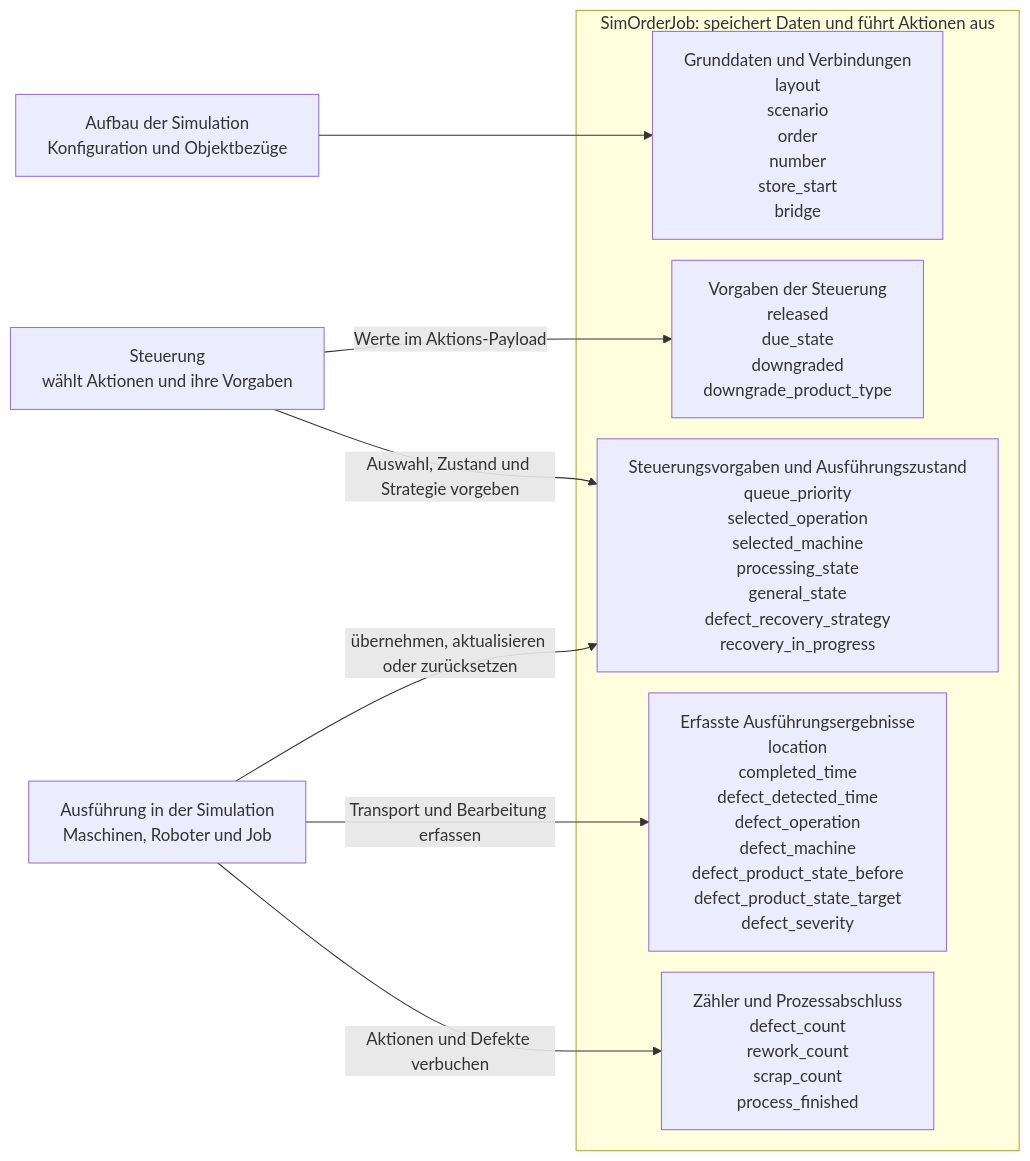
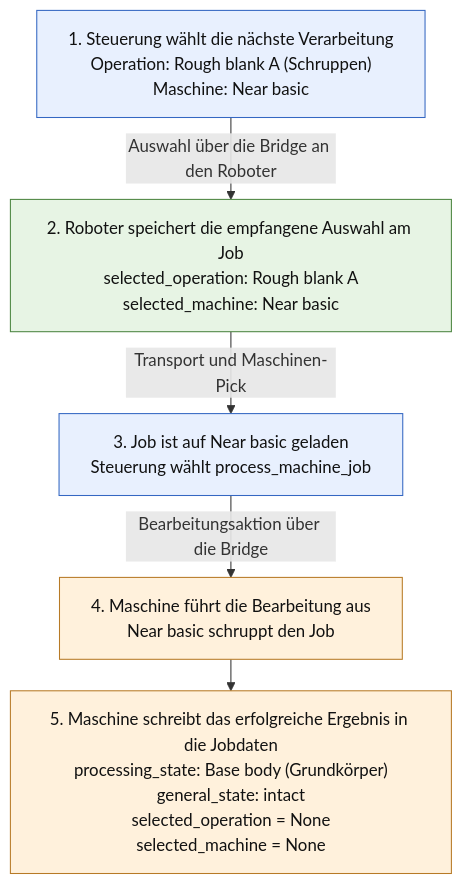
The first of 18 diagrams in README.md (ghackenberg/SpineML), drawn with Mermaid before and after one commit. The commit also changed other lines of this file, not shown here.

Commit message:
Explain job data updates through a concrete production example

````diff
--- a/README.md
+++ b/README.md
@@ -281,28 +292,27 @@
 ```mermaid
 ---
 config:
   flowchart:
     wrappingWidth: 360
-    rankSpacing: 40
+    rankSpacing: 30
     nodeSpacing: 20
 ---
-flowchart LR
-    Aufbau["Aufbau der Simulation<br/>Konfiguration und Objektbezüge"]
-    Policy["Steuerung<br/>wählt Aktionen und ihre Vorgaben"]
-    Simulation["Ausführung in der Simulation<br/>Maschinen, Roboter und Job"]
+flowchart TD
+    A["1. Steuerung wählt die nächste Verarbeitung<br/>Operation: Rough blank A (Schruppen)<br/>Maschine: Near basic"]
+    B["2. Roboter speichert die empfangene Auswahl am Job<br/>selected_operation: Rough blank A<br/>selected_machine: Near basic"]
+    C["3. Job ist auf Near basic geladen<br/>Steuerung wählt process_machine_job"]
+    D["4. Maschine führt die Bearbeitung aus<br/>Near basic schruppt den Job"]
+    E["5. Maschine schreibt das erfolgreiche Ergebnis in die Jobdaten<br/>processing_state: Base body (Grundkörper)<br/>general_state: intact<br/>selected_operation = None<br/>selected_machine = None"]
 
-    subgraph Job["SimOrderJob: speichert Daten und führt Aktionen aus"]
-        Basis["Grunddaten und Verbindungen<br/>layout<br/>scenario<br/>order<br/>number<br/>store_start<br/>bridge"]
-        Vorgaben["Vorgaben der Steuerung<br/>released<br/>due_state<br/>downgraded<br/>downgrade_product_type"]
-        Gemeinsam["Steuerungsvorgaben und Ausführungszustand<br/>queue_priority<br/>selected_operation<br/>selected_machine<br/>processing_state<br/>general_state<br/>defect_recovery_strategy<br/>recovery_in_progress"]
-        Ergebnisse["Erfasste Ausführungsergebnisse<br/>location<br/>completed_time<br/>defect_detected_time<br/>defect_operation<br/>defect_machine<br/>defect_product_state_before<br/>defect_product_state_target<br/>defect_severity"]
-        Zaehler["Zähler und Prozessabschluss<br/>defect_count<br/>rework_count<br/>scrap_count<br/>process_finished"]
-    end
+    A -->|"Auswahl über die Bridge an den Roboter"| B
+    B -->|"Transport und Maschinen-Pick"| C
+    C -->|"Bearbeitungsaktion über die Bridge"| D
+    D --> E
 
-    Aufbau --> Basis
-    Policy -->|"Werte im Aktions-Payload"| Vorgaben
-    Policy -->|"Auswahl, Zustand und Strategie vorgeben"| Gemeinsam
-    Simulation -->|"übernehmen, aktualisieren oder zurücksetzen"| Gemeinsam
-    Simulation -->|"Transport und Bearbeitung erfassen"| Ergebnisse
-    Simulation -->|"Aktionen und Defekte verbuchen"| Zaehler
+    classDef steuerung fill:#e8f0fe,stroke:#3467c2,color:#111111
+    classDef roboter fill:#e7f4e4,stroke:#4c8540,color:#111111
+    classDef maschine fill:#fff1dc,stroke:#b77a26,color:#111111
+    class A,C steuerung
+    class B roboter
+    class D,E maschine
 ```
````
